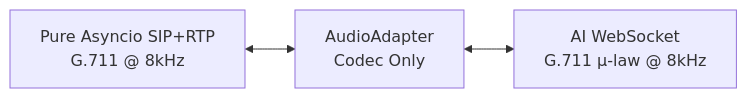
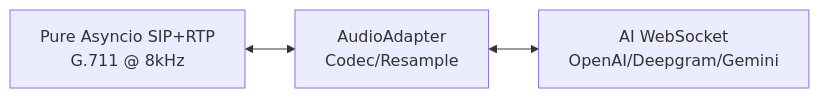
Before and after one commit to aicc2025/sip-to-ai: the first of 2 diagrams in README.md, drawn with Mermaid. The commit also changed other lines of this file and 6 other files, not shown here.

````diff
--- a/README.md
+++ b/README.md
@@ -72,6 +72,6 @@
 ```mermaid
 graph LR
-    SIP[Pure Asyncio SIP+RTP<br/>G.711 @ 8kHz] <--> AA[AudioAdapter<br/>Codec Only]
-    AA <--> AI[AI WebSocket<br/>G.711 μ-law @ 8kHz]
+    SIP[Pure Asyncio SIP+RTP<br/>G.711 @ 8kHz] <--> AA[AudioAdapter<br/>Codec/Resample]
+    AA <--> AI[AI WebSocket<br/>OpenAI/Deepgram/Gemini]
 
 ```
````
